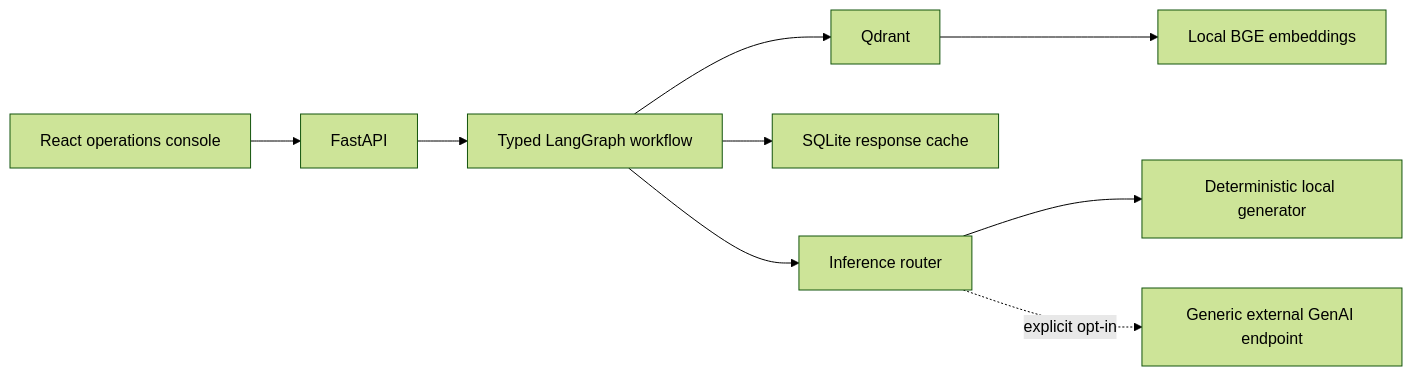
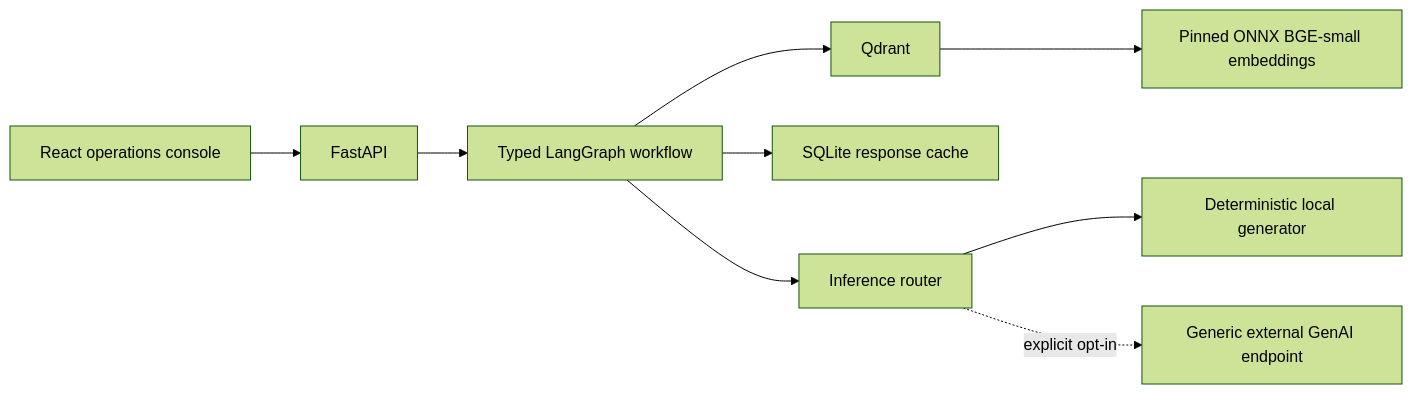
The diagram in README.md (Praciller/customer-support-rag-triage-agent), drawn with Mermaid (forest theme) before and after one commit. The commit also changed other lines of this file and 4 other files, not shown here.

First line of the commit message:
fix(docs): verified Render entrypoint and ONNX local Compose (#118)

````diff
--- a/README.md
+++ b/README.md
@@ -42,11 +42,11 @@
 ```mermaid
 flowchart LR
   UI[React operations console] --> API[FastAPI]
   API --> G[Typed LangGraph workflow]
   G --> Q[Qdrant]
-  Q --> E[Local BGE embeddings]
+  Q --> E[Pinned ONNX BGE-small embeddings]
   G --> C[SQLite response cache]
   G --> R[Inference router]
   R --> M[Deterministic local generator]
   R -. explicit opt-in .-> X[Generic external GenAI endpoint]
 ```
````
